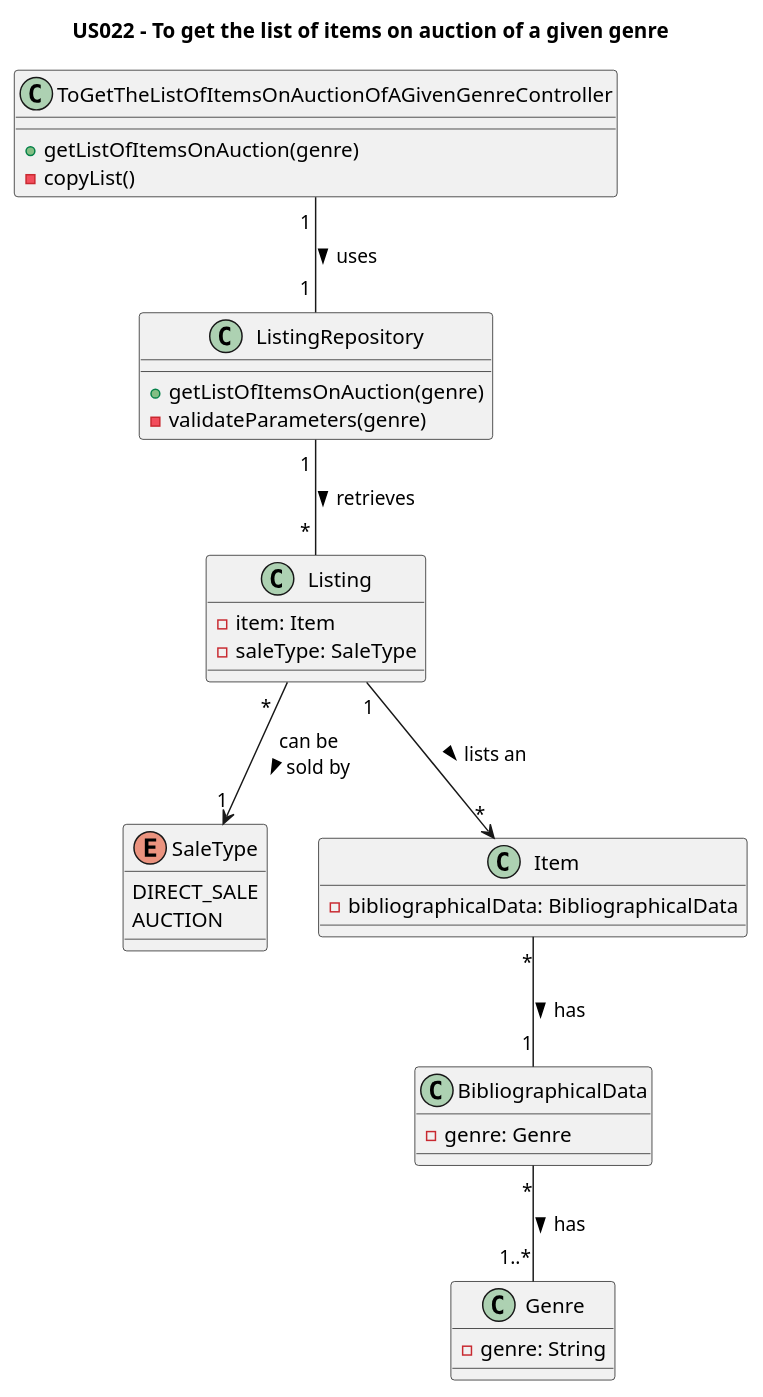
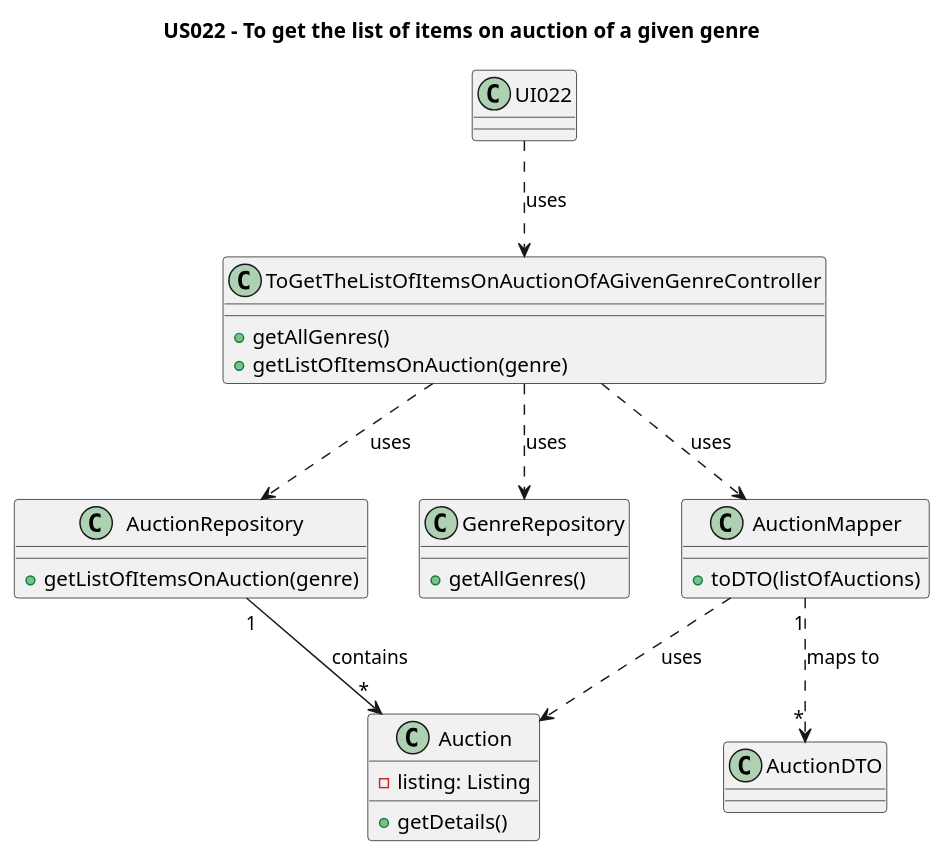
Before and after one commit to AndrePereiraGitH/SWitCH-Project-Team_A: the diagram in Diagrams/ClassDiagrams/US022-to-get-the-list-of-items-on-auction-of-a-given-genre.puml, drawn with PlantUML. The commit also changed other lines of this file and 5 other files, not shown here.

```diff
--- a/Diagrams/ClassDiagrams/US022-to-get-the-list-of-items-on-auction-of-a-given-genre.puml
+++ b/Diagrams/ClassDiagrams/US022-to-get-the-list-of-items-on-auction-of-a-given-genre.puml
@@ -1,45 +1,46 @@
 @startuml
 title US022 - To get the list of items on auction of a given genre
 
-class ToGetTheListOfItemsOnAuctionOfAGivenGenreController {
-  +getListOfItemsOnAuction(genre)
-  -copyList()
+class UI022 {
+
 }
 
-class ListingRepository{
+class ToGetTheListOfItemsOnAuctionOfAGivenGenreController {
+  +getAllGenres()
   +getListOfItemsOnAuction(genre)
-  -validateParameters(genre)
 }
 
-class Listing {
-  - item: Item
-  - saleType: SaleType
+class AuctionRepository {
+  +getListOfItemsOnAuction(genre)
 }
 
-enum SaleType {
-    DIRECT_SALE
-    AUCTION
+class Auction {
+  - listing: Listing
+    +getDetails()
 }
 
-class Genre {
-    - genre: String
+class GenreRepository {
+  +getAllGenres()
 }
 
-class Item {
-    - bibliographicalData: BibliographicalData
+class AuctionMapper {
+  +toDTO(listOfAuctions)
 }
 
-class BibliographicalData {
-    - genre: Genre
+class AuctionDTO {
 }
 
-' Interactions
+' --- Interactions ---
 
-ToGetTheListOfItemsOnAuctionOfAGivenGenreController  "1 " -- "1 " ListingRepository : uses >
-ListingRepository "1 " -- " * " Listing : retrieves >
-Listing "                                *" --> "1" SaleType : can be\nsold by >
-Listing "1"--> "*" Item : lists an >
-Item "*" -- "1" BibliographicalData: has >
-BibliographicalData "*" -- "1..*" Genre: has >
+UI022 ..> ToGetTheListOfItemsOnAuctionOfAGivenGenreController : uses
+ToGetTheListOfItemsOnAuctionOfAGivenGenreController ..> AuctionRepository : uses
+ToGetTheListOfItemsOnAuctionOfAGivenGenreController ..> GenreRepository : uses
+ToGetTheListOfItemsOnAuctionOfAGivenGenreController ..> AuctionMapper : uses
+AuctionMapper "1" ..> "*" AuctionDTO : maps to
+AuctionMapper ..> Auction : uses
+AuctionRepository "1" --> "*" Auction : contains
+
+
+
 
 @enduml
```
